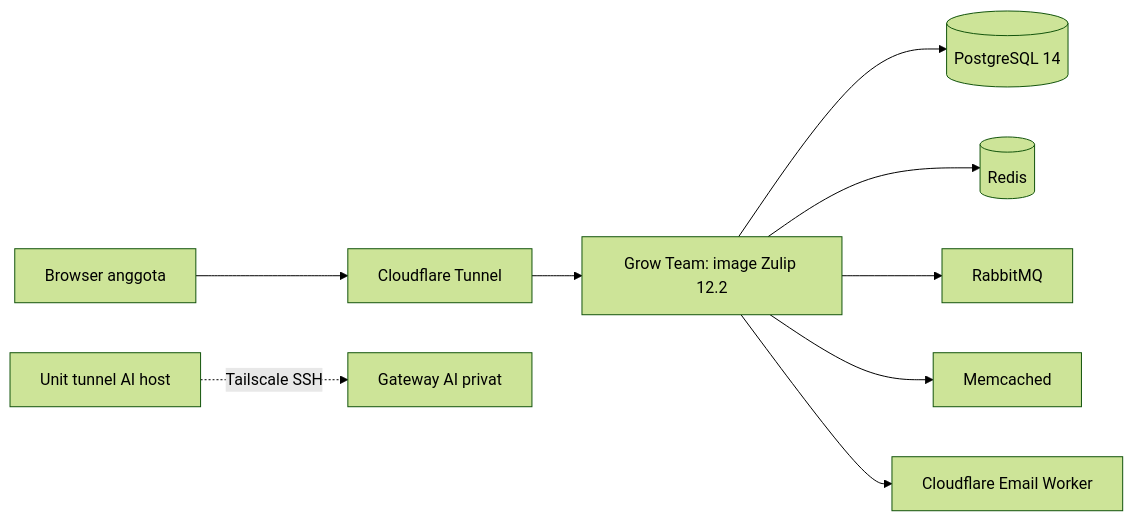
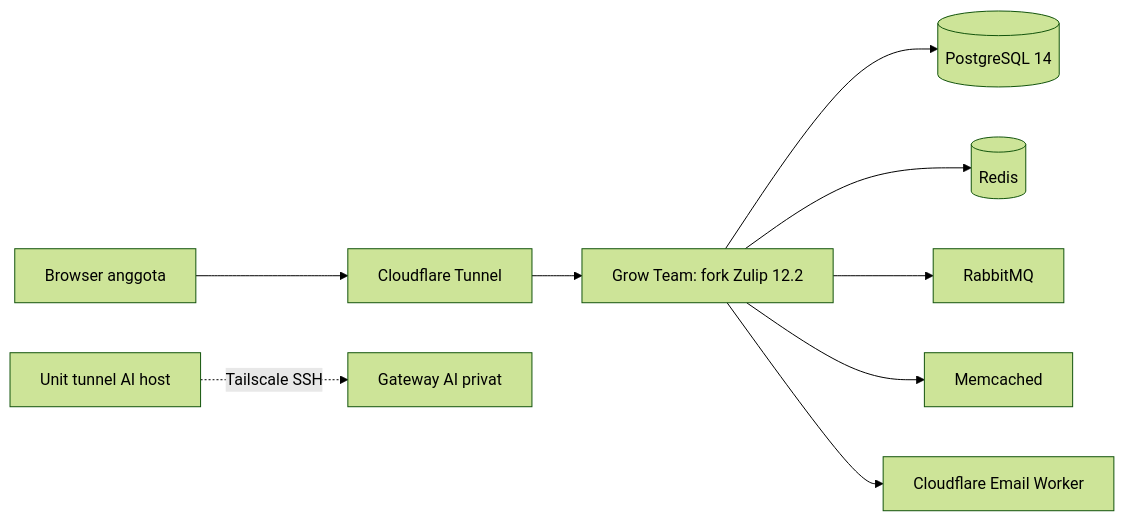
The first of 2 diagrams in internals/docs/blueprint.md (Growth-Circle/grow-team), drawn with Mermaid (forest theme) before and after one commit. The commit also changed other lines of this file and 10 other files, not shown here.

Commit message:
Record the Grow Team production verification

````diff
--- a/internals/docs/blueprint.md
+++ b/internals/docs/blueprint.md
@@ -11,11 +11,11 @@
 ```mermaid
 flowchart LR
   Browser[Browser anggota] --> CF[Cloudflare Tunnel]
-  CF --> App[Grow Team: image Zulip 12.2]
+  CF --> App[Grow Team: fork Zulip 12.2]
   App --> PG[(PostgreSQL 14)]
   App --> Redis[(Redis)]
   App --> MQ[RabbitMQ]
   App --> MC[Memcached]
   App --> Mail[Cloudflare Email Worker]
   HostTunnel[Unit tunnel AI host] -. Tailscale SSH .-> Wulan[Gateway AI privat]
 ```
````
